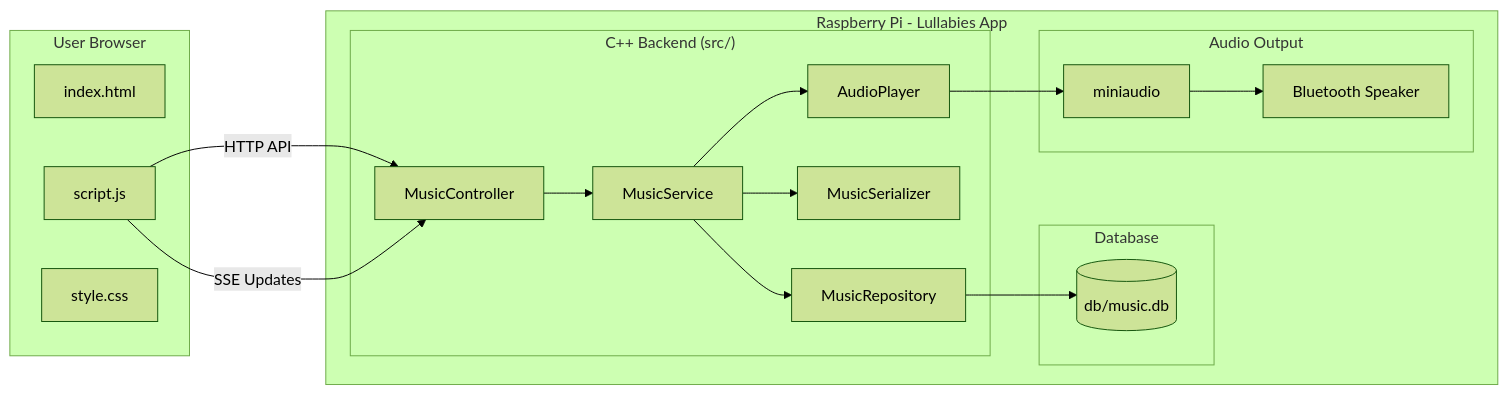
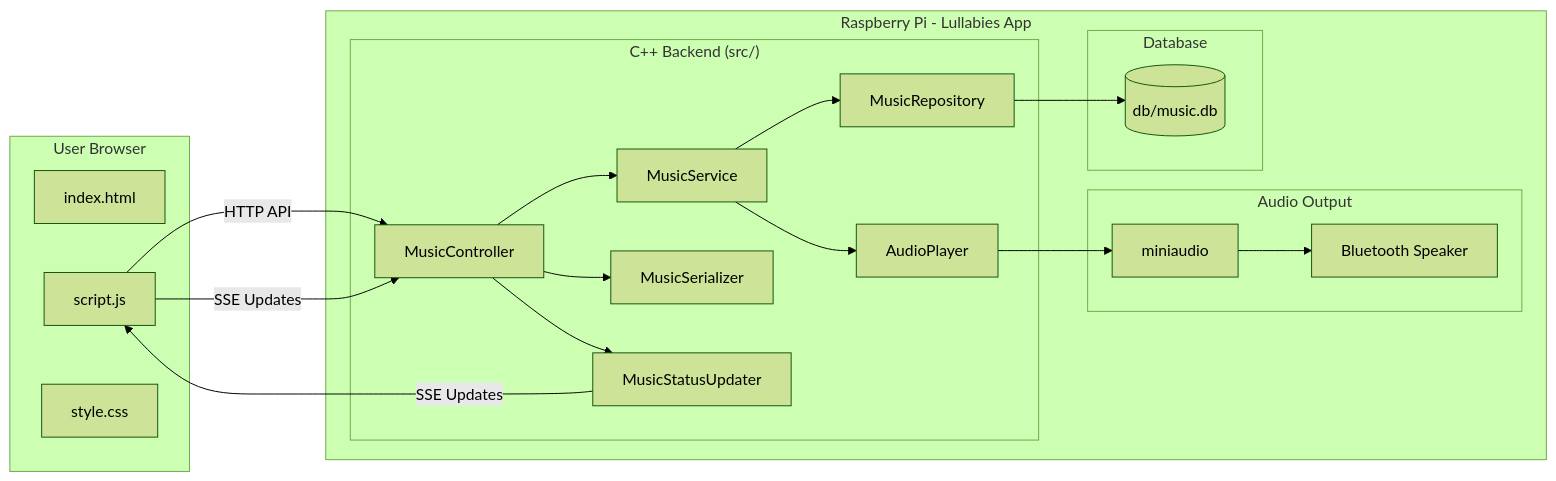
Before and after one commit to m4wright/lullaby: the first of 3 diagrams in README.md, drawn with Mermaid (forest theme). The commit also changed other lines of this file and 1 other file, not shown here.

````diff
--- a/README.md
+++ b/README.md
@@ -31,45 +30,49 @@
 ```mermaid
 flowchart LR
 
 subgraph Browser["User Browser"]
 UI[index.html]
 JS[script.js]
 CSS[style.css]
 end
 
 subgraph RaspberryPi["Raspberry Pi - Lullabies App"]
 
 subgraph Backend["C++ Backend (src/)"]
 
 Controller[MusicController]
+StatusUpdater[MusicStatusUpdater]
 Service[MusicService]
 Repository[MusicRepository]
 Serializer[MusicSerializer]
 AudioPlayer[AudioPlayer]
 
 end
 
 subgraph Storage["Database"]
 SQLite[(db/music.db)]
 end
 
 subgraph Audio["Audio Output"]
 MiniAudio[miniaudio]
 Speaker[Bluetooth Speaker]
 end
 
 end
 
 JS -->|HTTP API| Controller
 JS -->|SSE Updates| Controller
 
 Controller --> Service
+Controller --> Serializer
+Controller --> StatusUpdater
 Service --> Repository
 Service --> AudioPlayer
-Service --> Serializer
+
+StatusUpdater -->|SSE Updates| JS
 
 Repository --> SQLite
 
 AudioPlayer --> MiniAudio
 MiniAudio --> Speaker
 ```
````
